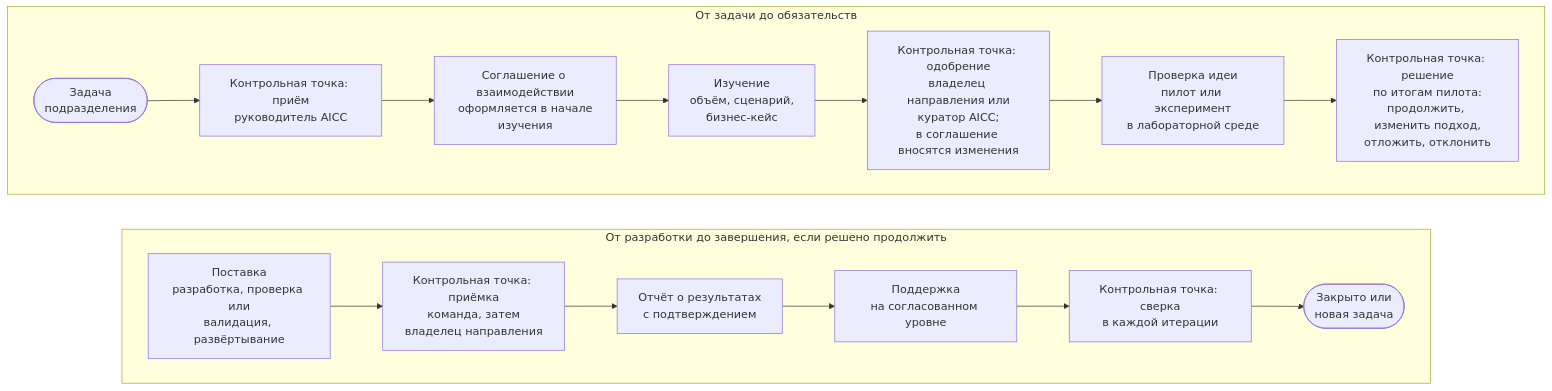
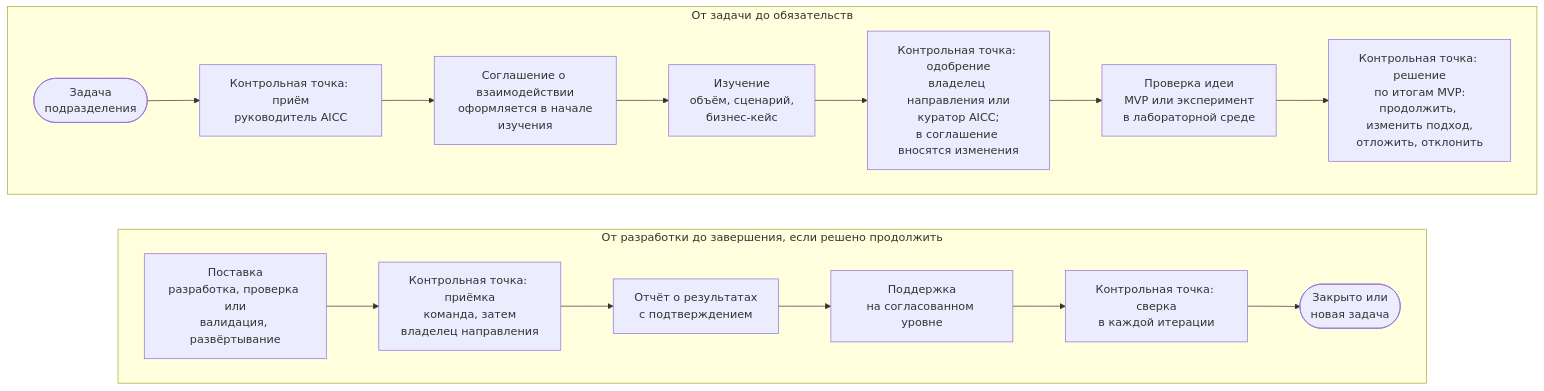
One commit to devhogu/ob-aicc changed the diagram in portal/content/ru/about/how-we-work.md. Above: the diagram before and after it, drawn with Mermaid. The commit also changed other lines of this file and 475 other files, not shown here.

````diff
--- a/portal/content/ru/about/how-we-work.md
+++ b/portal/content/ru/about/how-we-work.md
@@ -15,21 +15,21 @@
 ```mermaid
 flowchart TB
   subgraph ROW1["От задачи до обязательств"]
     direction LR
     C(["Задача<br/>подразделения"]) --> G1["Контрольная точка: приём<br/>руководитель AICC"]
     G1 --> SA["Соглашение о взаимодействии<br/>оформляется в начале<br/>изучения"]
     SA --> ST["Изучение<br/>объём, сценарий,<br/>бизнес-кейс"]
     ST --> G2["Контрольная точка: одобрение<br/>владелец направления или<br/>куратор AICC;<br/>в соглашение вносятся изменения"]
-    G2 --> MV["Проверка идеи<br/>пилот или эксперимент<br/>в лабораторной среде"]
-    MV --> G3["Контрольная точка: решение<br/>по итогам пилота:<br/>продолжить, изменить подход,<br/>отложить, отклонить"]
+    G2 --> MV["Проверка идеи<br/>MVP или эксперимент<br/>в лабораторной среде"]
+    MV --> G3["Контрольная точка: решение<br/>по итогам MVP:<br/>продолжить, изменить подход,<br/>отложить, отклонить"]
   end
   subgraph ROW2["От разработки до завершения, если решено продолжить"]
     direction LR
     DL["Поставка<br/>разработка, проверка или<br/>валидация, развёртывание"] --> G4["Контрольная точка: приёмка<br/>команда, затем<br/>владелец направления"]
     G4 --> OR["Отчёт о результатах<br/>с подтверждением"]
     OR --> SP["Поддержка<br/>на согласованном уровне"]
     SP --> G5["Контрольная точка: сверка<br/>в каждой итерации"]
     G5 --> E(["Закрыто или<br/>новая задача"])
   end
   ROW1 ~~~ ROW2
 ```
````
